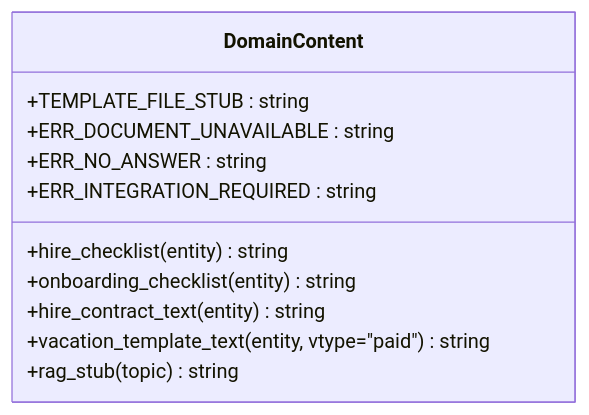
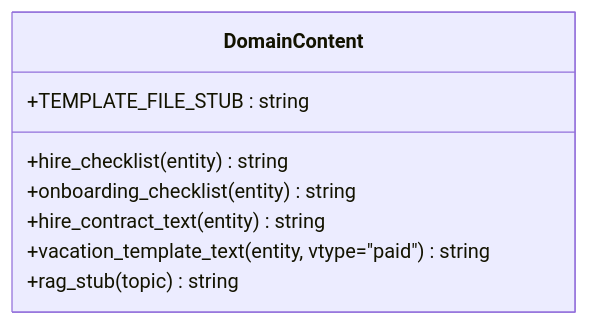
One commit to ognelis/cafetera_hr_bot changed the third of 12 diagrams in .qoder/repowiki/en/content/VK Integration/Domain Content Management.md. Above: the diagram before and after it, drawn with Mermaid. The commit also changed other lines of this file and 51 other files, not shown here.

````diff
--- a/.qoder/repowiki/en/content/VK Integration/Domain Content Management.md
+++ b/.qoder/repowiki/en/content/VK Integration/Domain Content Management.md
@@ -238,14 +238,11 @@
 ```mermaid
 classDiagram
 class DomainContent {
 +TEMPLATE_FILE_STUB : string
-+ERR_DOCUMENT_UNAVAILABLE : string
-+ERR_NO_ANSWER : string
-+ERR_INTEGRATION_REQUIRED : string
 +hire_checklist(entity) string
 +onboarding_checklist(entity) string
 +hire_contract_text(entity) string
 +vacation_template_text(entity, vtype="paid") string
 +rag_stub(topic) string
 }
 ```
````
